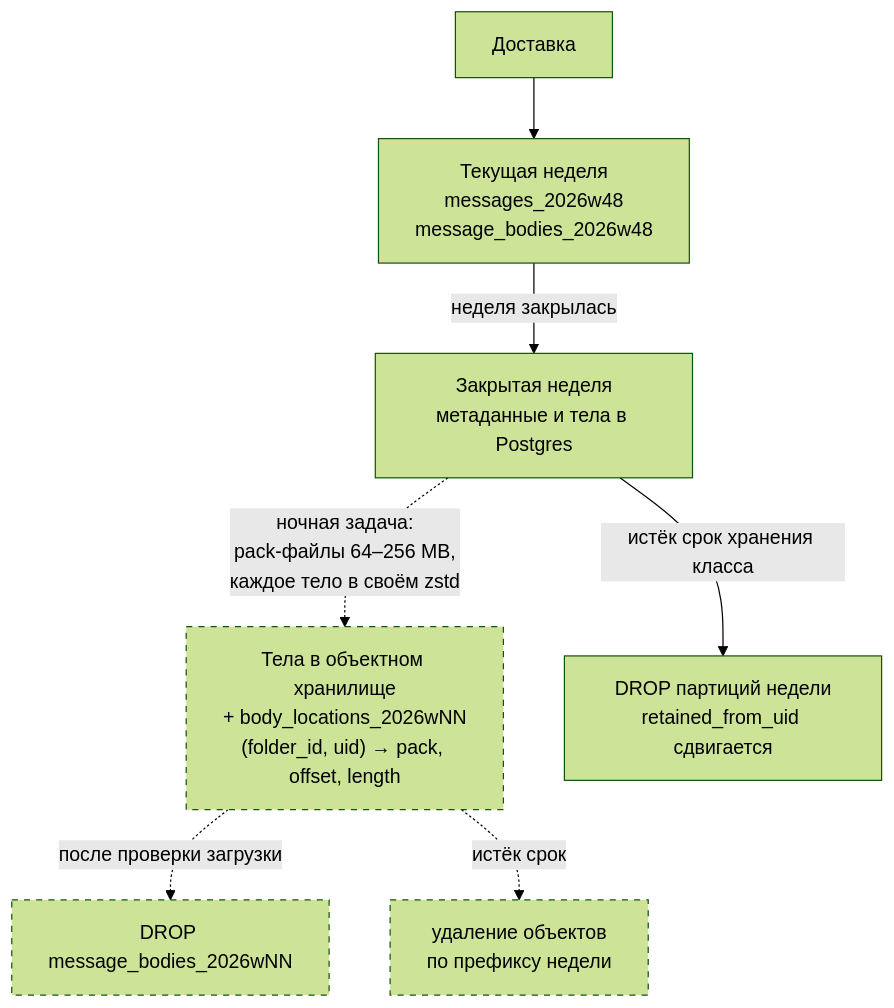
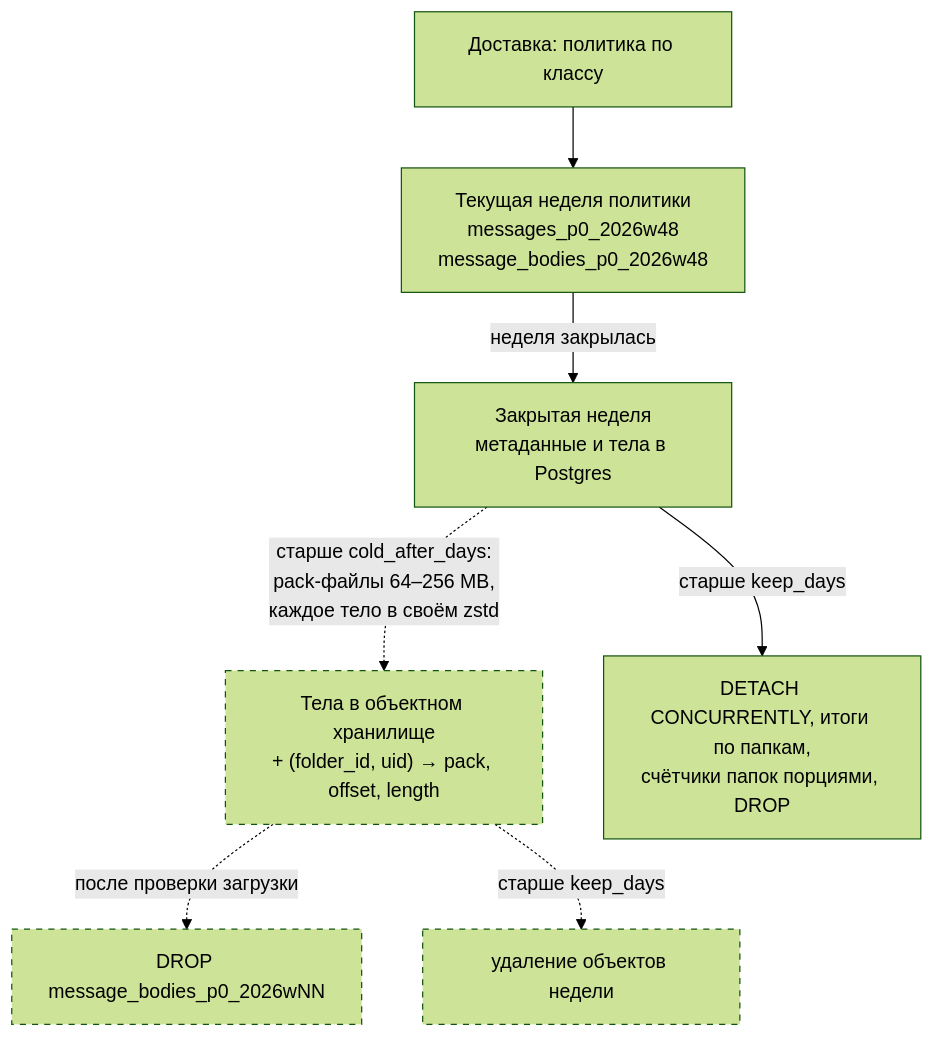
One commit to ichi404gh/mailstore changed the seventh of 8 diagrams in docs/architecture.md. Above: the diagram before and after it, drawn with Mermaid (forest theme). The commit also changed other lines of this file and 17 other files, not shown here.

````diff
--- a/docs/architecture.md
+++ b/docs/architecture.md
@@ -360,11 +369,11 @@
 ```mermaid
 flowchart TB
-  new["Доставка"] --> hot["Текущая неделя<br/>messages_2026w48<br/>message_bodies_2026w48"]
+  new["Доставка: политика по классу"] --> hot["Текущая неделя политики<br/>messages_p0_2026w48<br/>message_bodies_p0_2026w48"]
   hot -->|"неделя закрылась"| closed["Закрытая неделя<br/>метаданные и тела в Postgres"]
-  closed -.->|"ночная задача:<br/>pack-файлы 64–256 MB,<br/>каждое тело в своём zstd"| cold["Тела в объектном хранилище<br/>+ body_locations_2026wNN<br/>(folder_id, uid) → pack, offset, length"]:::planned
-  cold -.->|"после проверки загрузки"| dropb["DROP message_bodies_2026wNN"]:::planned
-  closed -->|"истёк срок хранения класса"| drop["DROP партиций недели<br/>retained_from_uid сдвигается"]
-  cold -.->|"истёк срок"| dropo["удаление объектов<br/>по префиксу недели"]:::planned
+  closed -.->|"старше cold_after_days:<br/>pack-файлы 64–256 MB,<br/>каждое тело в своём zstd"| cold["Тела в объектном хранилище<br/>+ (folder_id, uid) → pack, offset, length"]:::planned
+  cold -.->|"после проверки загрузки"| dropb["DROP message_bodies_p0_2026wNN"]:::planned
+  closed -->|"старше keep_days"| drop["DETACH CONCURRENTLY, итоги по папкам,<br/>счётчики папок порциями, DROP"]
+  cold -.->|"старше keep_days"| dropo["удаление объектов недели"]:::planned
 
   classDef planned stroke-dasharray: 5 5
 ```
````
